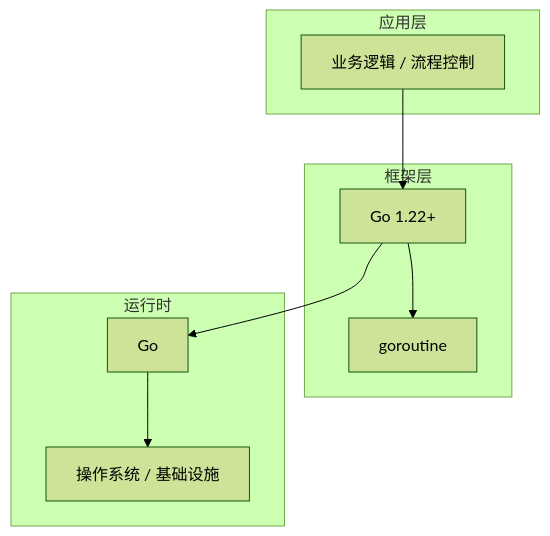
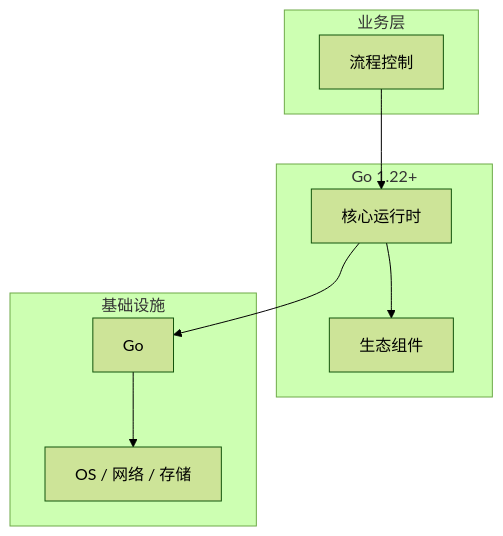
Before and after one commit to yanggan2015/knowledge-json-v2: the diagram in articles/Go语言/chapters/017-流程控制核心概念与原理.md, drawn with Mermaid (forest theme). The commit also changed other lines of this file and 10127 other files, not shown here.

````diff
--- a/articles/Go语言/chapters/017-流程控制核心概念与原理.md
+++ b/articles/Go语言/chapters/017-流程控制核心概念与原理.md
@@ -45,18 +34,18 @@
 ```mermaid
 graph TB
-    subgraph 应用层
-        A[业务逻辑 / 流程控制]
+    subgraph 业务层
+        A[流程控制]
     end
-    subgraph 框架层
-        B[Go 1.22+]
-        C[goroutine]
+    subgraph Go 1.22+
+        B[核心运行时]
+        C[生态组件]
     end
-    subgraph 运行时
+    subgraph 基础设施
         D[Go]
-        E[操作系统 / 基础设施]
+        E[OS / 网络 / 存储]
     end
     A --> B
     B --> C
     B --> D
     D --> E
 ```
````
